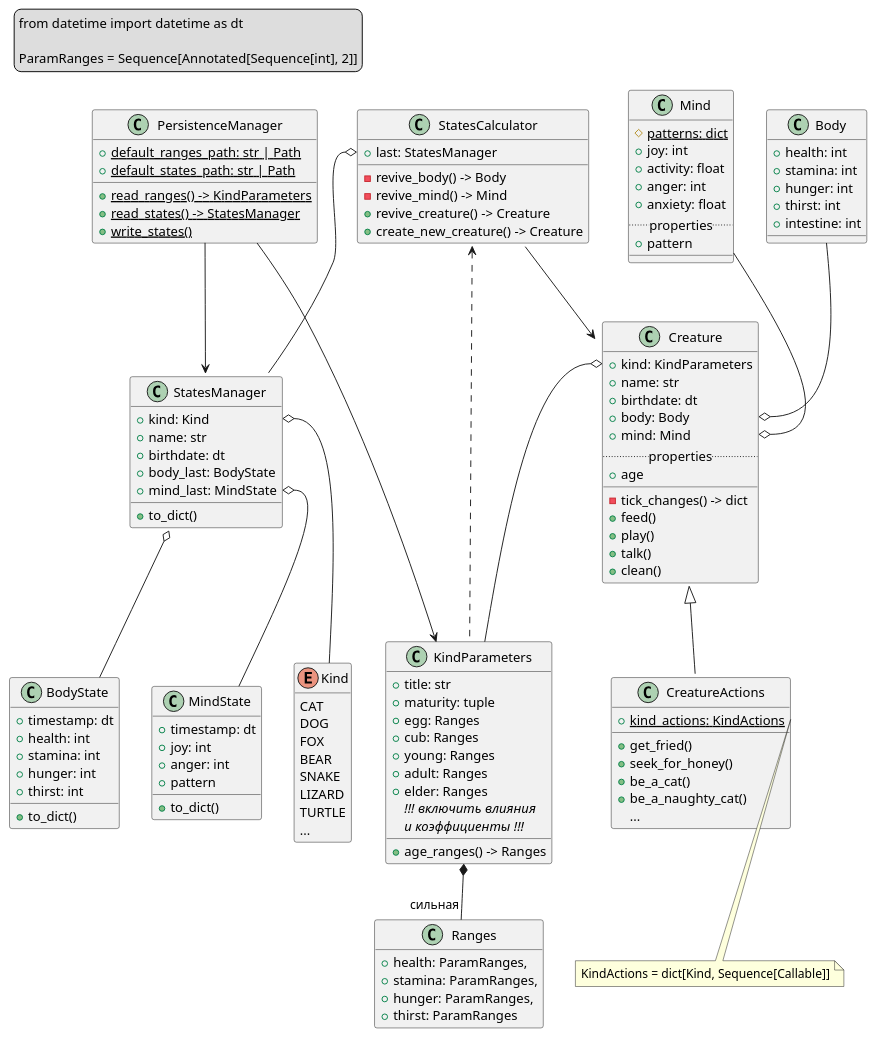
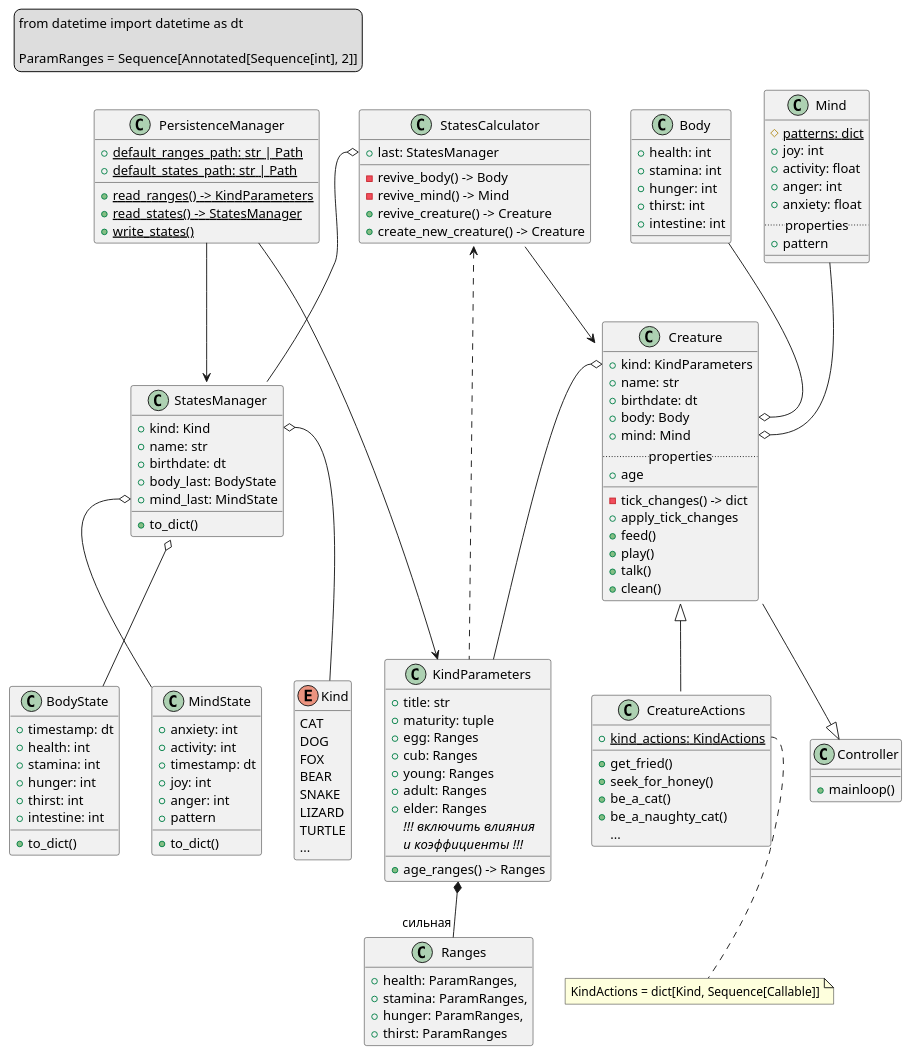
Before and after one commit to TOP-Python221/Rodov_project2: the diagram in src/model.puml, drawn with PlantUML.

Commit message:
Внесены корректировки в модель

```diff
--- a/src/model.puml
+++ b/src/model.puml
@@ -1,169 +1,178 @@
 @startuml
 
 <style>
     legend {
         FontName Fira Mono
     }
     note {
         FontName Fira Mono
     }
 </style>
 
 
 legend top left
     from datetime import datetime as dt
 
     ParamRanges = Sequence[Annotated[Sequence[int], 2]]
 end legend
 
 
 hide enum empty members
 
 enum Kind {
     CAT
     DOG
     FOX
     BEAR
     SNAKE
     LIZARD
     TURTLE
     ...
 }
 
 
 class Creature {
     +kind: KindParameters
     +name: str
     +birthdate: dt
     +body: Body
     +mind: Mind
     ..properties..
     +age
     __
     -tick_changes() -> dict
+    +apply_tick_changes
     +feed()
     +play()
     +talk()
     +clean()
 }
 Creature <|-- CreatureActions
 Creature::kind o-- KindParameters
+Creature --|> Controller
 
 
 class CreatureActions {
     +{static}kind_actions: KindActions
     +get_fried()
     +seek_for_honey()
     +be_a_cat()
     +be_a_naughty_cat()
     {method}...
 }
 note as annotation
     KindActions = dict[Kind, Sequence[Callable]]
 end note
 CreatureActions::kind_actions .. annotation
 
 
 class StatesCalculator {
     +last: StatesManager
     -revive_body() -> Body
     -revive_mind() -> Mind
     +revive_creature() -> Creature
     +create_new_creature() -> Creature
 }
 StatesCalculator::last o-- StatesManager
 StatesCalculator --> Creature
 StatesCalculator <.. KindParameters
 
 
 class Body {
     +health: int
     +stamina: int
     +hunger: int
     +thirst: int
     +intestine: int
 }
 Body --o Creature::body
 
 
 class Mind {
     #{static}patterns: dict
     +joy: int
     +activity: float
     +anger: int
     +anxiety: float
     ..properties..
     +pattern
     __
 }
 Mind --o Creature::mind
 
 
 class BodyState {
     +timestamp: dt
     +health: int
     +stamina: int
     +hunger: int
     +thirst: int
+    +intestine: int
     +to_dict()
 }
 
 
 class MindState {
+    +anxiety: int
+    +activity: int
     +timestamp: dt
     +joy: int
     +anger: int
     +pattern
     +to_dict()
 }
 
 
 class StatesManager {
     +kind: Kind
     +name: str
     +birthdate: dt
     +body_last: BodyState
     +mind_last: MindState
     +to_dict()
 }
 StatesManager::kind o-- Kind
 StatesManager::mind_last o-- MindState
 StatesManager::body_history o-- BodyState
 
 
 class KindParameters {
     +title: str
     +maturity: tuple
     +egg: Ranges
     +cub: Ranges
     +young: Ranges
     +adult: Ranges
     +elder: Ranges
     <i>!!! включить влияния</i>
     <i>и коэффициенты !!!</i>
     +age_ranges() -> Ranges
 }
 KindParameters *-- "сильная" Ranges
 
 
 hide Ranges empty methods
 class Ranges {
     +health: ParamRanges,
     +stamina: ParamRanges,
     +hunger: ParamRanges,
     +thirst: ParamRanges
 }
 
 
 class PersistenceManager {
     +{static}default_ranges_path: str | Path
     +{static}default_states_path: str | Path
     +{static}read_ranges() -> KindParameters
     +{static}read_states() -> StatesManager
     +{static}write_states()
 }
 PersistenceManager --> StatesManager
 PersistenceManager --> KindParameters
 
 
+class Controller{
+    +mainloop()
+}
+
 @enduml
```
